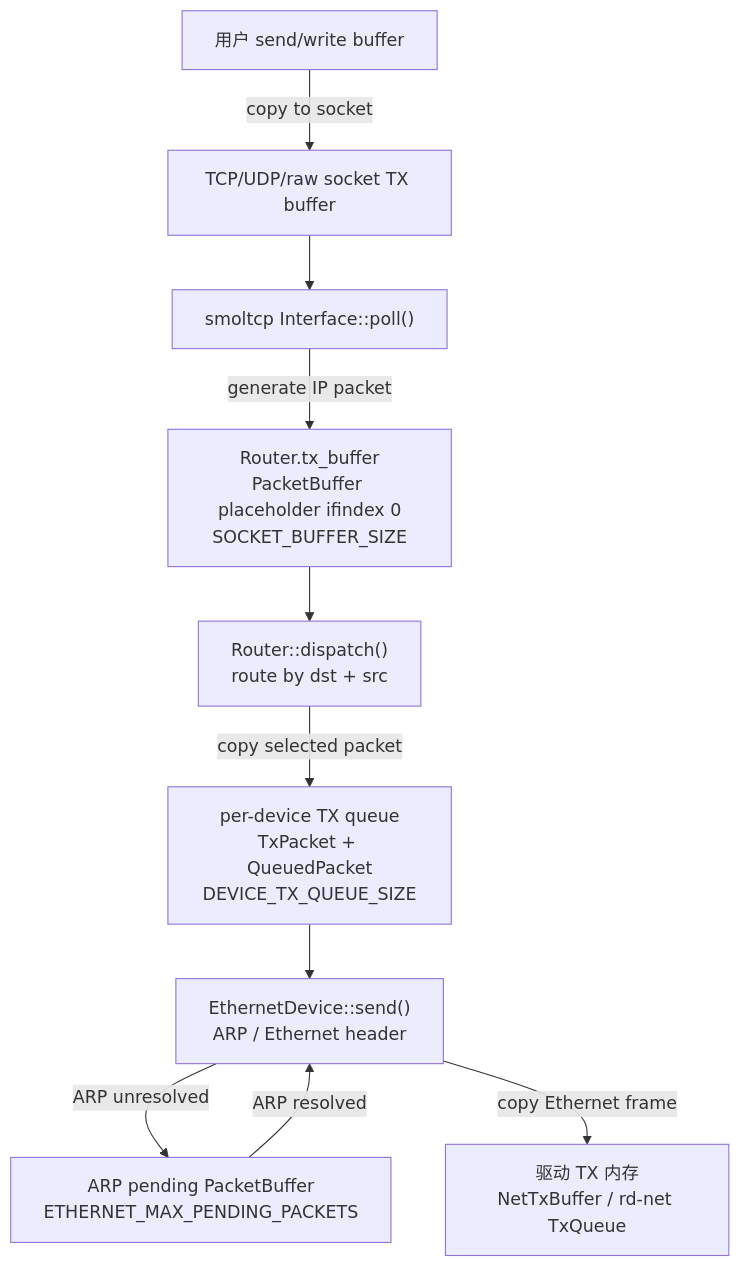
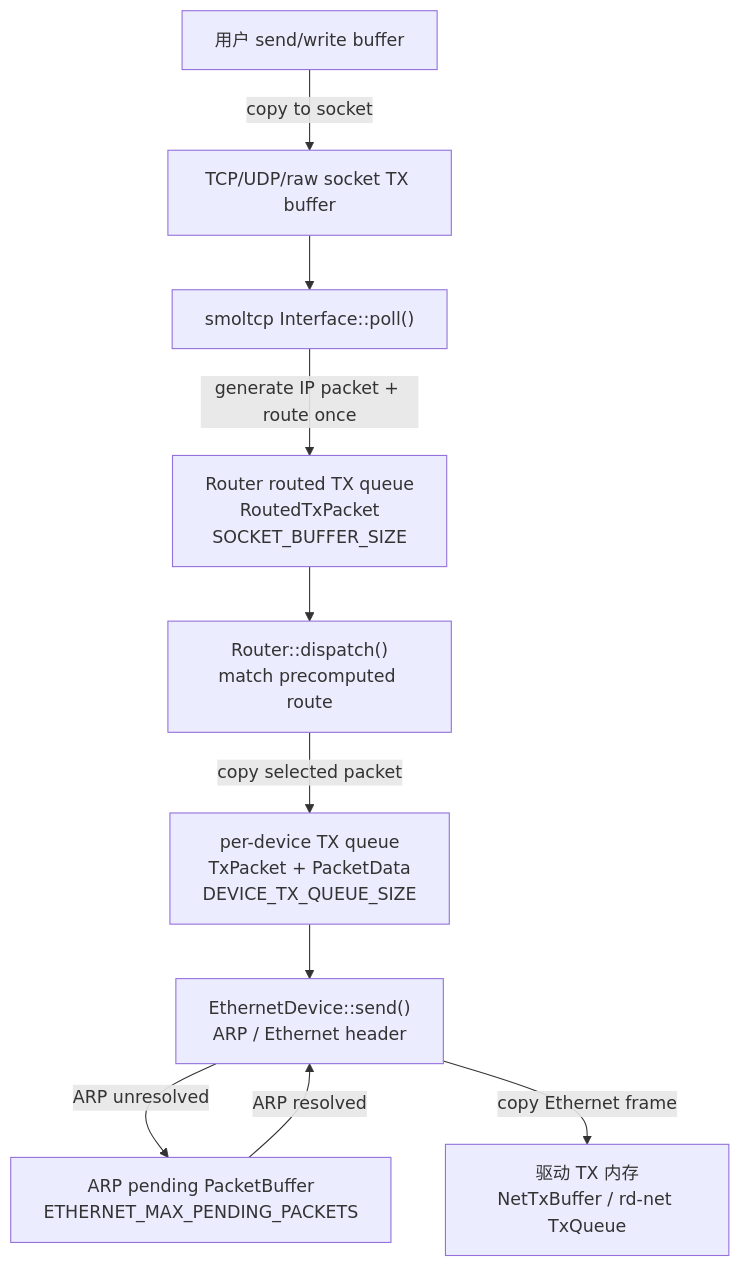
Before and after one commit to rcore-os/tgoskits: the third of 4 diagrams in docs/docs/architecture/net/memory.md, drawn with Mermaid. The commit also changed other lines of this file and 19 other files, not shown here.

````diff
--- a/docs/docs/architecture/net/memory.md
+++ b/docs/docs/architecture/net/memory.md
@@ -259,22 +259,22 @@
 ```mermaid
 flowchart TB
     UserSend["用户 send/write buffer"]
     SocketTx["TCP/UDP/raw socket TX buffer"]
     SmolPoll["smoltcp Interface::poll()"]
-    RouterTx["Router.tx_buffer<br/>PacketBuffer placeholder ifindex 0<br/>SOCKET_BUFFER_SIZE"]
-    Dispatch["Router::dispatch()<br/>route by dst + src"]
-    DevTx["per-device TX queue<br/>TxPacket + QueuedPacket<br/>DEVICE_TX_QUEUE_SIZE"]
+    RouterTx["Router routed TX queue<br/>RoutedTxPacket<br/>SOCKET_BUFFER_SIZE"]
+    Dispatch["Router::dispatch()<br/>match precomputed route"]
+    DevTx["per-device TX queue<br/>TxPacket + PacketData<br/>DEVICE_TX_QUEUE_SIZE"]
     EthSend["EthernetDevice::send()<br/>ARP / Ethernet header"]
     Pending["ARP pending PacketBuffer<br/>ETHERNET_MAX_PENDING_PACKETS"]
     DriverTx["驱动 TX 内存<br/>NetTxBuffer / rd-net TxQueue"]
 
     UserSend -->|"copy to socket"| SocketTx
     SocketTx --> SmolPoll
-    SmolPoll -->|"generate IP packet"| RouterTx
+    SmolPoll -->|"generate IP packet + route once"| RouterTx
     RouterTx --> Dispatch
     Dispatch -->|"copy selected packet"| DevTx
     DevTx --> EthSend
     EthSend -->|"ARP unresolved"| Pending
     Pending -->|"ARP resolved"| EthSend
     EthSend -->|"copy Ethernet frame"| DriverTx
 ```
````
